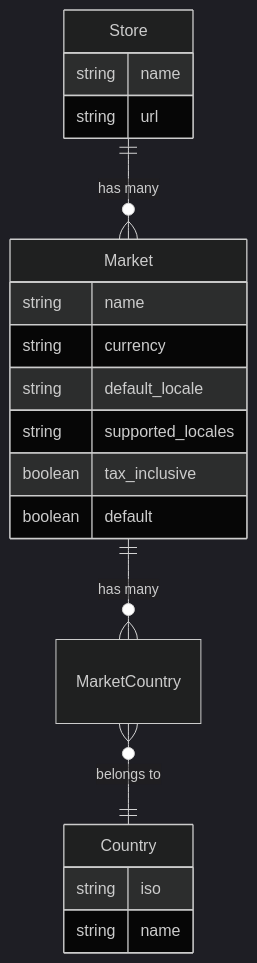
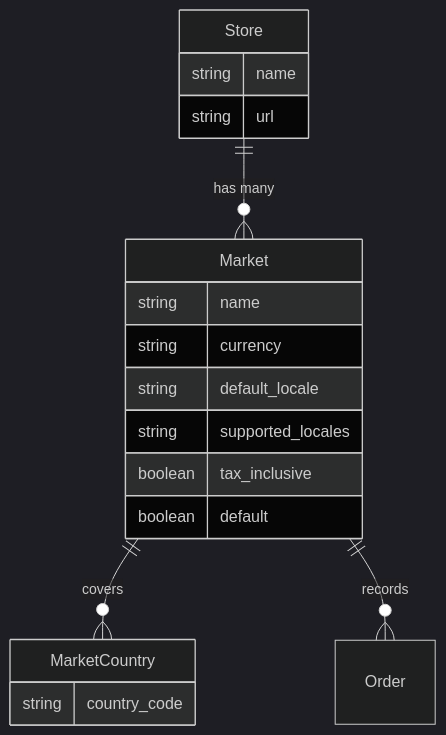
The diagram in docs/developer/core-concepts/markets.mdx (spree/spree), drawn with Mermaid (dark theme) before and after one commit. The commit also changed other lines of this file and 47 other files, not shown here.

````diff
--- a/docs/developer/core-concepts/markets.mdx
+++ b/docs/developer/core-concepts/markets.mdx
@@ -14,25 +14,24 @@
 ```mermaid
 erDiagram
     Store ||--o{ Market : "has many"
-    Market ||--o{ MarketCountry : "has many"
-    MarketCountry }o--|| Country : "belongs to"
+    Market ||--o{ MarketCountry : "covers"
+    Market ||--o{ Order : "records"
 
     Store {
         string name
         string url
     }
 
     Market {
         string name
         string currency
         string default_locale
         string supported_locales
         boolean tax_inclusive
         boolean default
     }
 
-    Country {
-        string iso
-        string name
+    MarketCountry {
+        string country_code
     }
 ```
````
